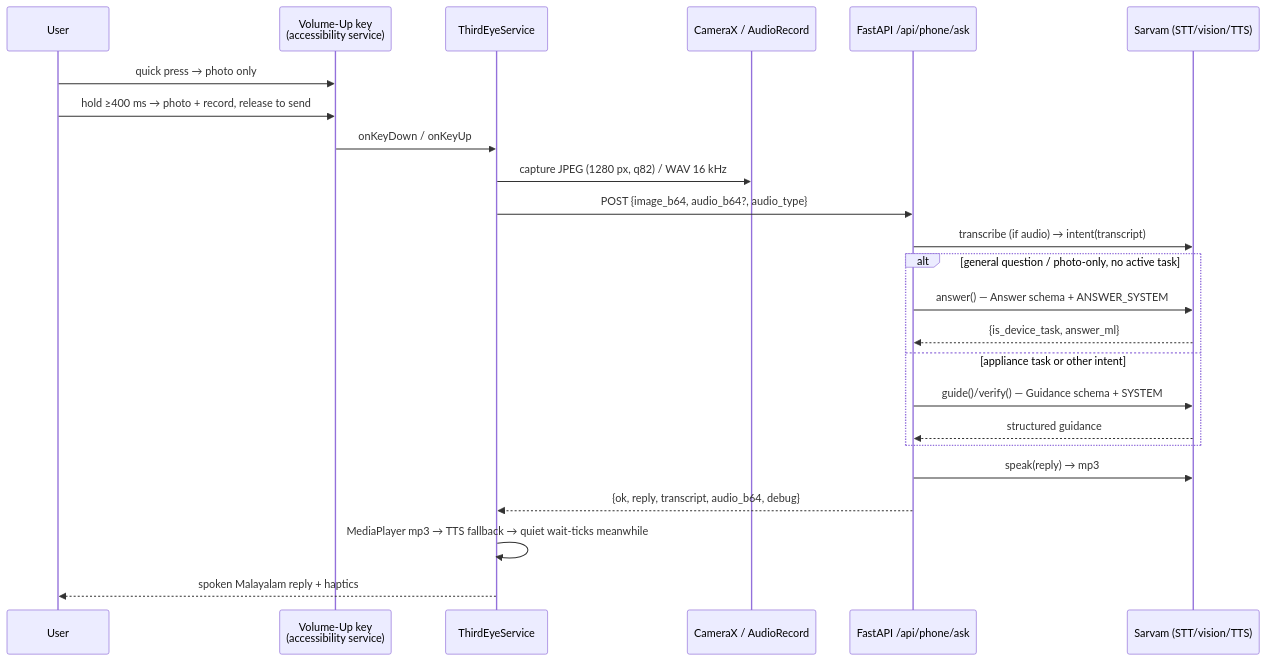
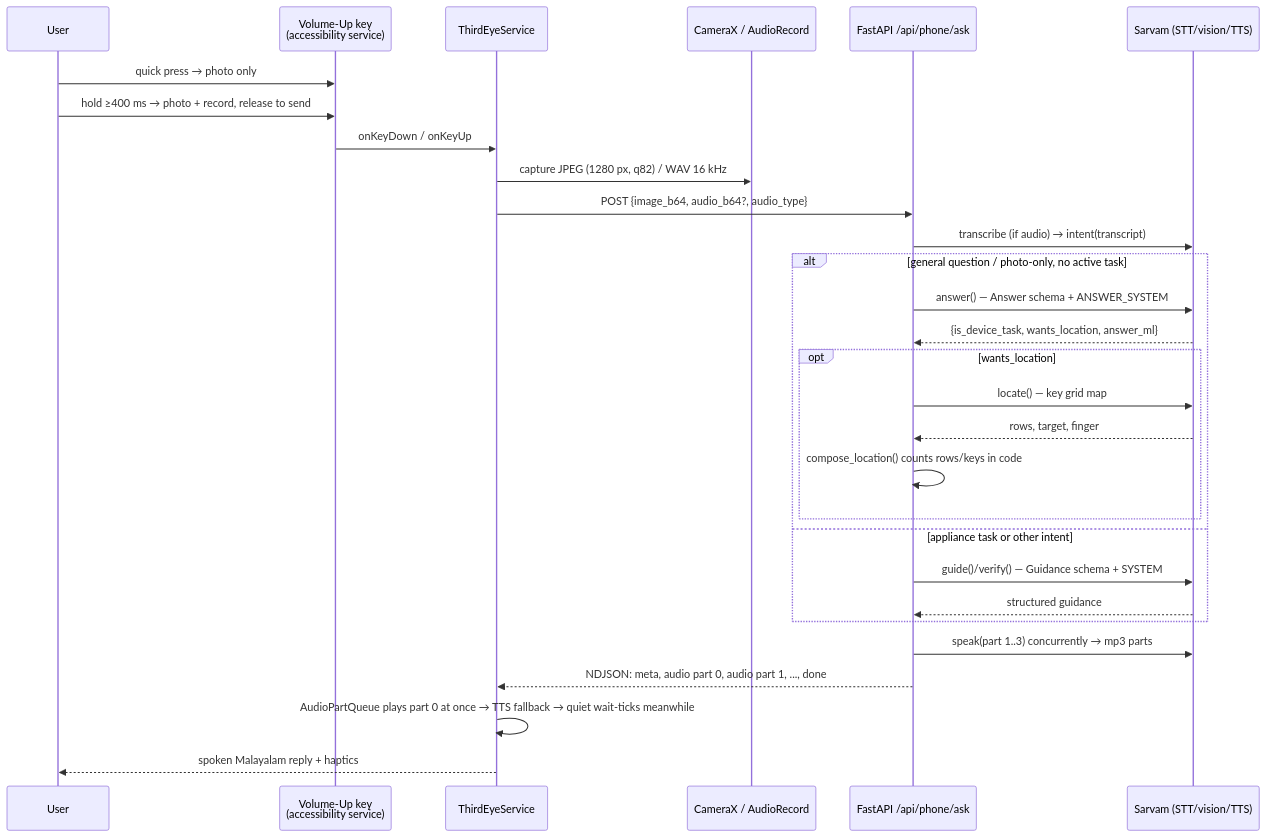
One commit to 1kailas/Thirdeye changed the diagram in docs/ARCHITECTURE.md. Above: the diagram before and after it, drawn with Mermaid. The commit also changed other lines of this file and 29 other files, not shown here.

First line of the commit message:
Add spatial key locate, streaming replies, camera pre-warm and a full README

````diff
--- a/docs/ARCHITECTURE.md
+++ b/docs/ARCHITECTURE.md
@@ -9,27 +9,32 @@
 ```mermaid
 sequenceDiagram
     participant U as User
     participant K as Volume-Up key<br/>(accessibility service)
     participant S as ThirdEyeService
     participant C as CameraX / AudioRecord
     participant API as FastAPI /api/phone/ask
     participant V as Sarvam (STT/vision/TTS)
 
     U->>K: quick press  →  photo only
     U->>K: hold ≥400 ms → photo + record, release to send
     K->>S: onKeyDown / onKeyUp
     S->>C: capture JPEG (1280 px, q82) / WAV 16 kHz
     S->>API: POST {image_b64, audio_b64?, audio_type}
     API->>V: transcribe (if audio) → intent(transcript)
     alt general question / photo-only, no active task
         API->>V: answer() — Answer schema + ANSWER_SYSTEM
-        V-->>API: {is_device_task, answer_ml}
+        V-->>API: {is_device_task, wants_location, answer_ml}
+        opt wants_location
+            API->>V: locate() — key grid map
+            V-->>API: rows, target, finger
+            API->>API: compose_location() counts rows/keys in code
+        end
     else appliance task or other intent
         API->>V: guide()/verify() — Guidance schema + SYSTEM
         V-->>API: structured guidance
     end
-    API->>V: speak(reply) → mp3
-    API-->>S: {ok, reply, transcript, audio_b64, debug}
-    S->>S: MediaPlayer mp3 → TTS fallback → quiet wait-ticks meanwhile
+    API->>V: speak(part 1..3) concurrently → mp3 parts
+    API-->>S: NDJSON: meta, audio part 0, audio part 1, ..., done
+    S->>S: AudioPartQueue plays part 0 at once → TTS fallback → quiet wait-ticks meanwhile
     S-->>U: spoken Malayalam reply + haptics
 ```
````
